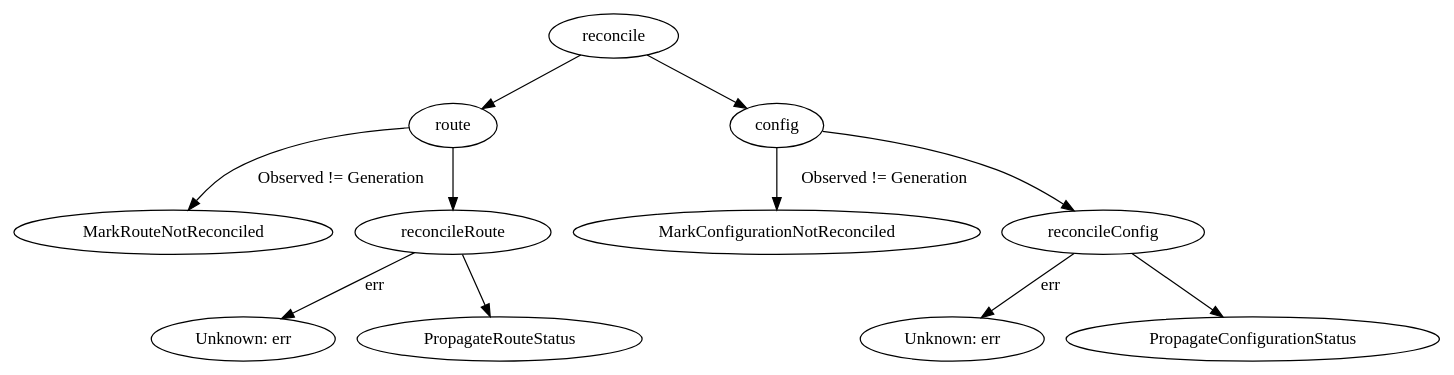
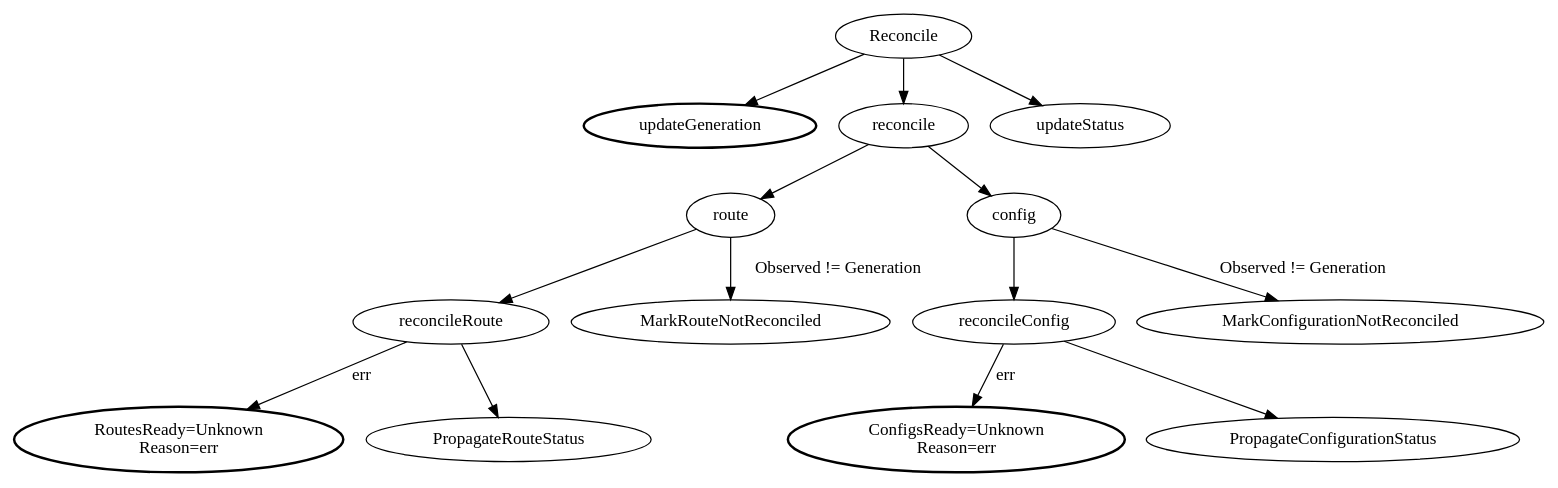
The diagram in src/generation.dot (jonjohnsonjr/graphviz), drawn with Graphviz before and after one commit. The commit also changed 1 other file, not shown here.

Commit message:
generation

```diff
--- a/src/generation.dot
+++ b/src/generation.dot
@@ -1,24 +1,39 @@
 digraph generation {
-  RouteUnknownErr [label = "Unknown: err"]
+  ordering=out;
+
+  RouteUnknownErr [label = "RoutesReady=Unknown\nReason=err", style=bold]
   MarkRouteNotReconciled  [href="https://godoc.org/github.com/knative/serving/pkg/apis/serving/v1alpha1#MarkRouteNotReconciled"]
   PropagateRouteStatus [href="https://godoc.org/github.com/knative/serving/pkg/apis/serving/v1alpha1#PropagateRouteStatus"]
 
-  ConfigUnknownErr [label = "Unknown: err"]
+  ConfigUnknownErr [label = "ConfigsReady=Unknown\nReason=err", style=bold]
   MarkConfigurationNotReconciled  [href="https://godoc.org/github.com/knative/serving/pkg/apis/serving/v1alpha1#MarkConfigurationNotReconciled"]
   PropagateConfigurationStatus [href="https://godoc.org/github.com/knative/serving/pkg/apis/serving/v1alpha1#PropagateConfigurationStatus"]
+
+  Reconcile [href="https://github.com/knative/serving/blob/03b04365f0c9f552298436012a911ce3a32cc3bf/pkg/reconciler/service/service.go#L66"]
+  reconcile [href="https://github.com/knative/serving/blob/03b04365f0c9f552298436012a911ce3a32cc3bf/pkg/reconciler/service/service.go#L127"]
+  route [href="https://github.com/knative/serving/blob/03b04365f0c9f552298436012a911ce3a32cc3bf/pkg/reconciler/service/service.go#L220"]
+  config [href="https://github.com/knative/serving/blob/03b04365f0c9f552298436012a911ce3a32cc3bf/pkg/reconciler/service/service.go#L191"]
+  reconcileRoute [href="https://github.com/knative/serving/blob/03b04365f0c9f552298436012a911ce3a32cc3bf/pkg/reconciler/service/service.go#L358"]
+  reconcileConfig [href="https://github.com/knative/serving/blob/03b04365f0c9f552298436012a911ce3a32cc3bf/pkg/reconciler/service/service.go#L315"]
+  updateStatus [href="https://github.com/knative/serving/blob/03b04365f0c9f552298436012a911ce3a32cc3bf/pkg/reconciler/service/service.go#L277"]
+  updateGeneration [style=bold]
+
+  Reconcile -> updateGeneration
+  Reconcile -> reconcile
+  Reconcile -> updateStatus
 
   reconcile -> route
   reconcile -> config
 
   route -> reconcileRoute
   route -> MarkRouteNotReconciled [label = "Observed != Generation"]
 
   reconcileRoute -> RouteUnknownErr [label = "err"]
   reconcileRoute -> PropagateRouteStatus
 
   config -> reconcileConfig
   config -> MarkConfigurationNotReconciled [label = "Observed != Generation"]
 
   reconcileConfig -> ConfigUnknownErr [label = "err"]
   reconcileConfig -> PropagateConfigurationStatus
 }
```
